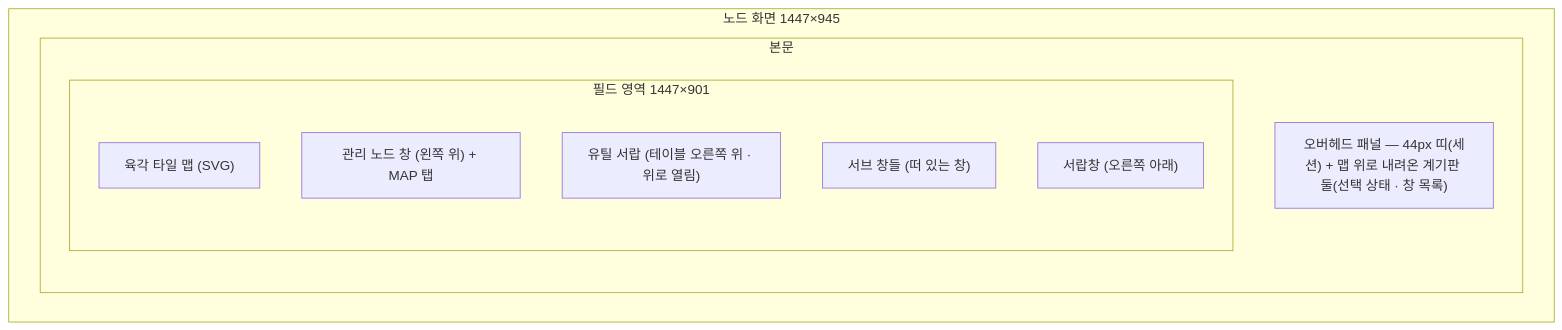
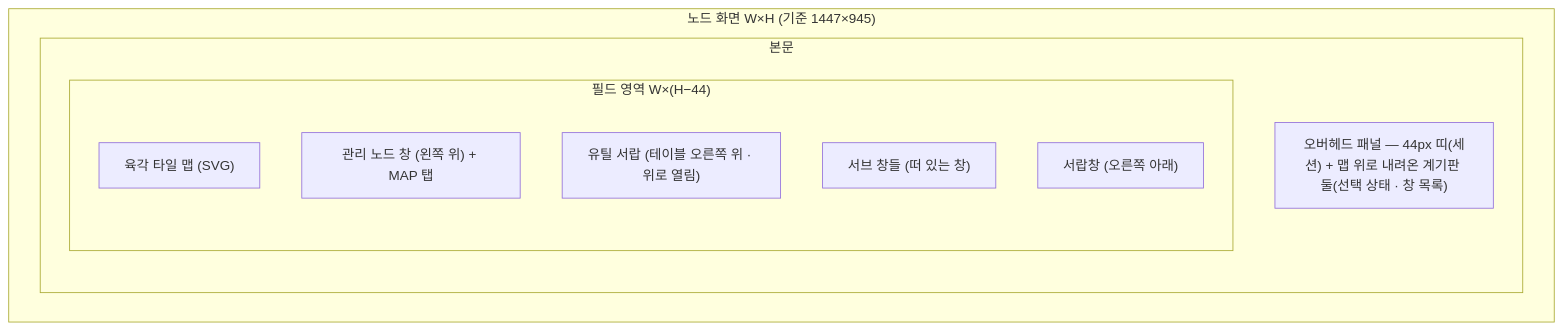
One commit to StellaxiaLab/modules changed the first of 7 diagrams in common/lab.stellaxia.node-gui/web/docs/screens/node-screen-ui-spec.md. Above: the diagram before and after it, drawn with Mermaid. The commit also changed other lines of this file and 14 other files, not shown here.

````diff
--- a/common/lab.stellaxia.node-gui/web/docs/screens/node-screen-ui-spec.md
+++ b/common/lab.stellaxia.node-gui/web/docs/screens/node-screen-ui-spec.md
@@ -38,15 +41,15 @@
 ```mermaid
 flowchart TB
-  subgraph Page["노드 화면 1447×945"]
+  subgraph Page["노드 화면 W×H (기준 1447×945)"]
     subgraph Main["본문"]
       BAR["오버헤드 패널 — 44px 띠(세션) + 맵 위로 내려온 계기판 둘(선택 상태 · 창 목록)"]
-      subgraph Field["필드 영역 1447×901"]
+      subgraph Field["필드 영역 W×(H−44)"]
         MAP["육각 타일 맵 (SVG)"]
         MG["관리 노드 창 (왼쪽 위) + MAP 탭"]
         UD["유틸 서랍 (테이블 오른쪽 위 · 위로 열림)"]
         WIN["서브 창들 (떠 있는 창)"]
         DR["서랍창 (오른쪽 아래)"]
       end
     end
   end
 ```
````
